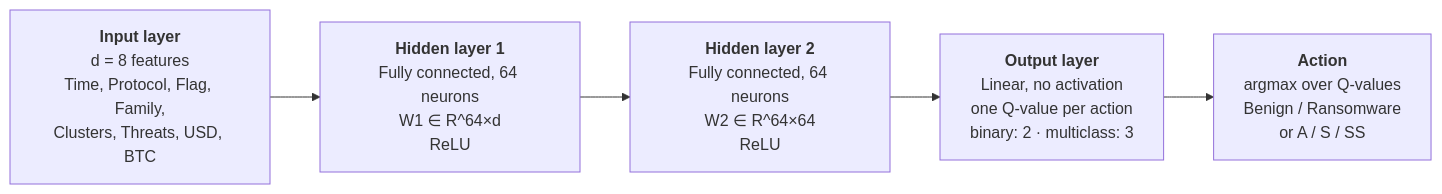
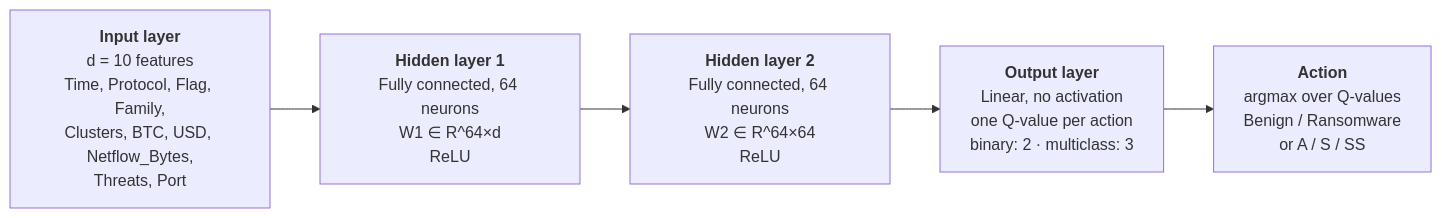
The second of 3 diagrams in README.md (SanaKhaledOthman/Master), drawn with Mermaid before and after one commit. The commit also changed other lines of this file and 17 other files, not shown here.

First line of the commit message:
Use all 10 non-identifier features by default; update results, sensitivity sweep and diagrams

````diff
--- a/README.md
+++ b/README.md
@@ -57,9 +57,9 @@
 ```mermaid
 flowchart LR
-    I["<b>Input layer</b><br/>d = 8 features<br/>Time, Protocol, Flag, Family,<br/>Clusters, Threats, USD, BTC"]
+    I["<b>Input layer</b><br/>d = 10 features<br/>Time, Protocol, Flag, Family,<br/>Clusters, BTC, USD, Netflow_Bytes,<br/>Threats, Port"]
     H1["<b>Hidden layer 1</b><br/>Fully connected, 64 neurons<br/>W1 ∈ R^64×d<br/>ReLU"]
     H2["<b>Hidden layer 2</b><br/>Fully connected, 64 neurons<br/>W2 ∈ R^64×64<br/>ReLU"]
     O["<b>Output layer</b><br/>Linear, no activation<br/>one Q-value per action<br/>binary: 2 · multiclass: 3"]
     A["<b>Action</b><br/>argmax over Q-values<br/>Benign / Ransomware<br/>or A / S / SS"]
     I --> H1 --> H2 --> O --> A
 ```
````
